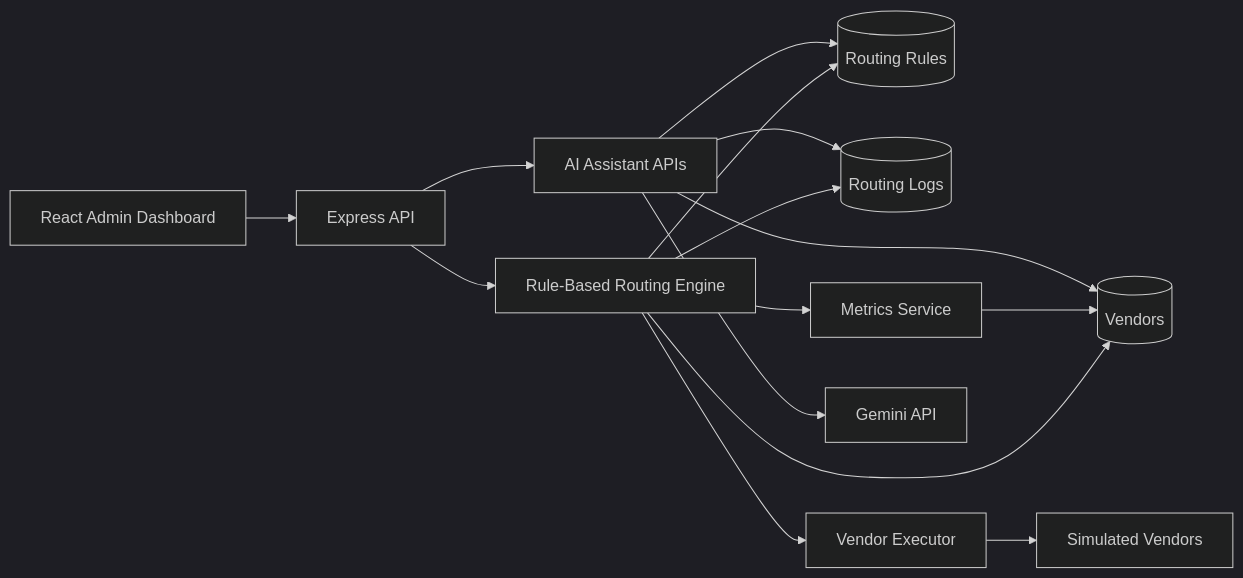
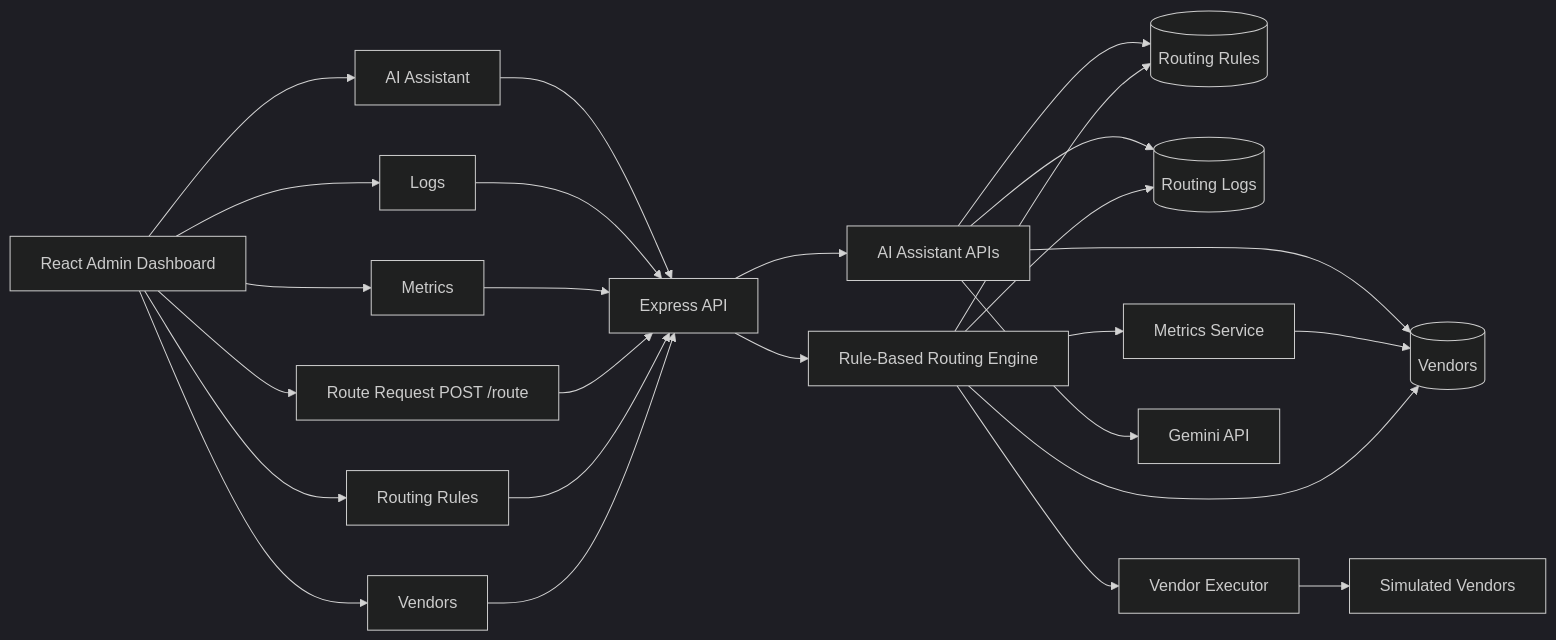
The first of 2 diagrams in ARCHITECTURE.md (Sriman2517/VendorSwitch), drawn with Mermaid (dark theme) before and after one commit.

Commit message:
Added Architecture diagram

````diff
--- a/ARCHITECTURE.md
+++ b/ARCHITECTURE.md
@@ -7,20 +7,35 @@
 ```mermaid
 flowchart LR
-  UI[React Admin Dashboard] --> API[Express API]
+  Dashboard[React Admin Dashboard]
+
+  Dashboard --> VendorsPage[Vendors]
+  Dashboard --> RulesPage[Routing Rules]
+  Dashboard --> RoutePage[Route Request POST /route]
+  Dashboard --> MetricsPage[Metrics]
+  Dashboard --> LogsPage[Logs]
+  Dashboard --> AIPage[AI Assistant]
+
+  VendorsPage --> API[Express API]
+  RulesPage --> API
+  RoutePage --> API
+  MetricsPage --> API
+  LogsPage --> API
+  AIPage --> API
+
   API --> Router[Rule-Based Routing Engine]
   API --> AI[AI Assistant APIs]
 
   Router --> Rules[(Routing Rules)]
   Router --> Vendors[(Vendors)]
   Router --> Logs[(Routing Logs)]
   Router --> Metrics[Metrics Service]
   Router --> Executor[Vendor Executor]
 
   Metrics --> Vendors
   Executor --> SimVendors[Simulated Vendors]
 
   AI --> Gemini[Gemini API]
   AI --> Rules
   AI --> Logs
   AI --> Vendors
 ```
````
